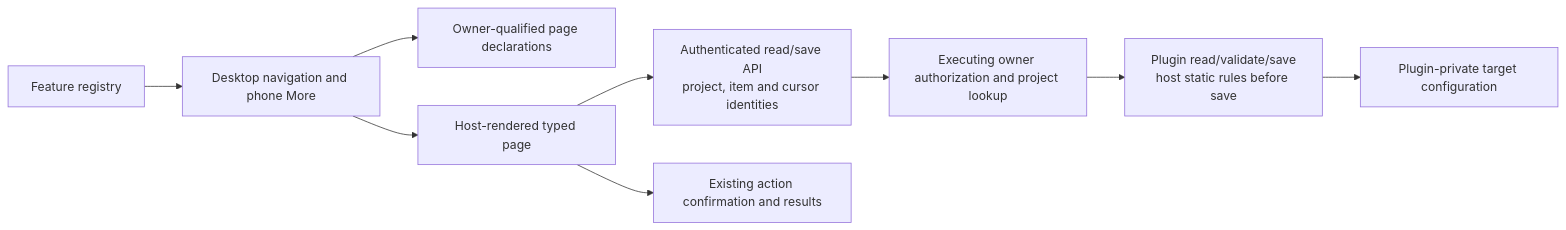
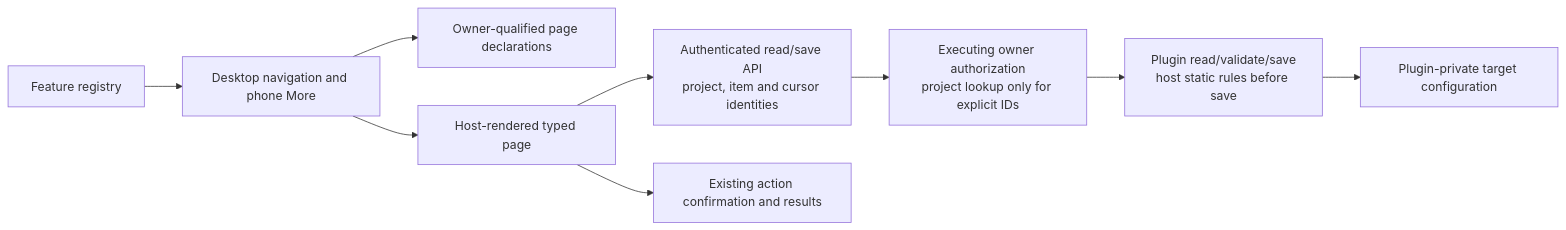
Before and after one commit to ocman/ocman: diagram 14 of 15 in docs/other/architecture.md, drawn with Mermaid. The commit also changed other lines of this file and 23 other files, not shown here.

````diff
--- a/docs/other/architecture.md
+++ b/docs/other/architecture.md
@@ -2085,11 +2086,11 @@
 ```mermaid
 flowchart LR
     Registry[Feature registry] --> Navigation[Desktop navigation and phone More]
     Navigation --> Catalog[Owner-qualified page declarations]
     Navigation --> Page[Host-rendered typed page]
     Page --> API[Authenticated read/save API<br/>project, item and cursor identities]
-    API --> Owner[Executing owner authorization and project lookup]
+    API --> Owner[Executing owner authorization<br/>project lookup only for explicit IDs]
     Owner --> Process[Plugin read/validate/save<br/>host static rules before save]
     Process --> Files[Plugin-private target configuration]
     Page --> Actions[Existing action confirmation and results]
 ```
````
